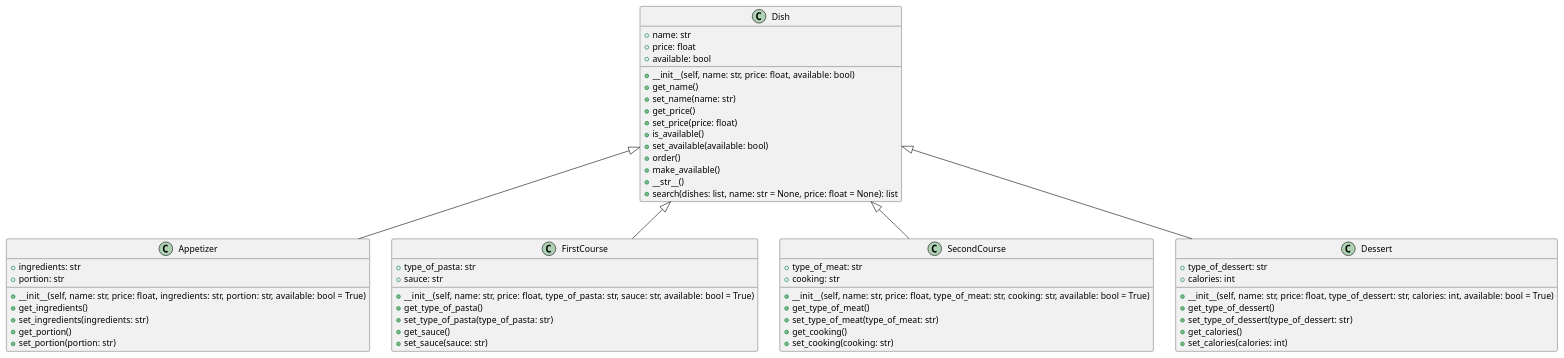
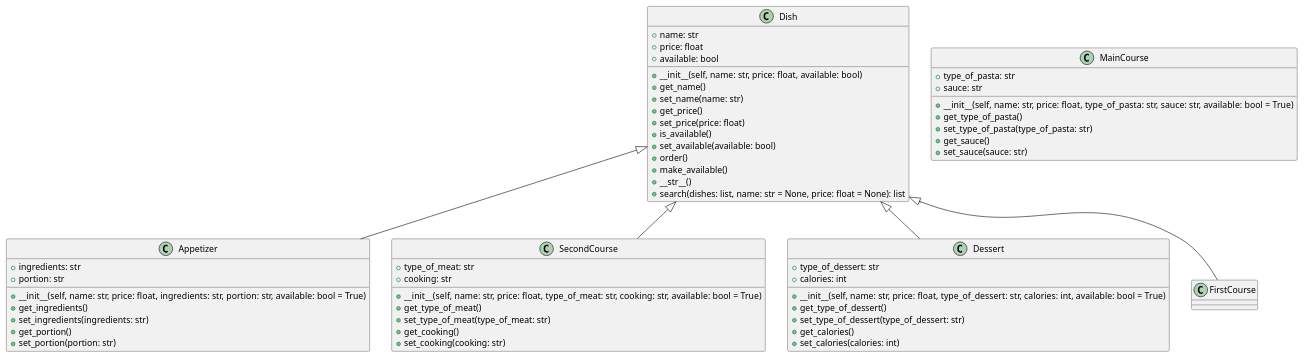
One commit to LucaPontellini/Homepage changed the diagram in Informatica/Esercizi di Pyton nuovi/Diagrammi UML/Pontellini_008.puml. Above: the diagram before and after it, drawn with PlantUML. The commit also changed 1 other file, not shown here.

```diff
--- a/Informatica/Esercizi di Pyton nuovi/Diagrammi UML/Pontellini_008.puml
+++ b/Informatica/Esercizi di Pyton nuovi/Diagrammi UML/Pontellini_008.puml
@@ -1,68 +1,68 @@
 @startuml
 class Dish {
     + name: str
     + price: float
     + available: bool
     __
     + __init__(self, name: str, price: float, available: bool)
     + get_name()
     + set_name(name: str)
     + get_price()
     + set_price(price: float)
     + is_available()
     + set_available(available: bool)
     + order()
     + make_available()
     + __str__()
     + search(dishes: list, name: str = None, price: float = None): list
 }
 
 class Appetizer {
     + ingredients: str
     + portion: str
     __
     + __init__(self, name: str, price: float, ingredients: str, portion: str, available: bool = True)
     + get_ingredients()
     + set_ingredients(ingredients: str)
     + get_portion()
     + set_portion(portion: str)
 }
 
-class FirstCourse {
+class MainCourse {
     + type_of_pasta: str
     + sauce: str
     __
     + __init__(self, name: str, price: float, type_of_pasta: str, sauce: str, available: bool = True)
     + get_type_of_pasta()
     + set_type_of_pasta(type_of_pasta: str)
     + get_sauce()
     + set_sauce(sauce: str)
 }
 
 class SecondCourse {
     + type_of_meat: str
     + cooking: str
     __
     + __init__(self, name: str, price: float, type_of_meat: str, cooking: str, available: bool = True)
     + get_type_of_meat()
     + set_type_of_meat(type_of_meat: str)
     + get_cooking()
     + set_cooking(cooking: str)
 }
 
 class Dessert {
     + type_of_dessert: str
     + calories: int
     __
     + __init__(self, name: str, price: float, type_of_dessert: str, calories: int, available: bool = True)
     + get_type_of_dessert()
     + set_type_of_dessert(type_of_dessert: str)
     + get_calories()
     + set_calories(calories: int)
 }
 
 Dish <|-- Appetizer
 Dish <|-- FirstCourse
 Dish <|-- SecondCourse
 Dish <|-- Dessert
 @enduml
```
